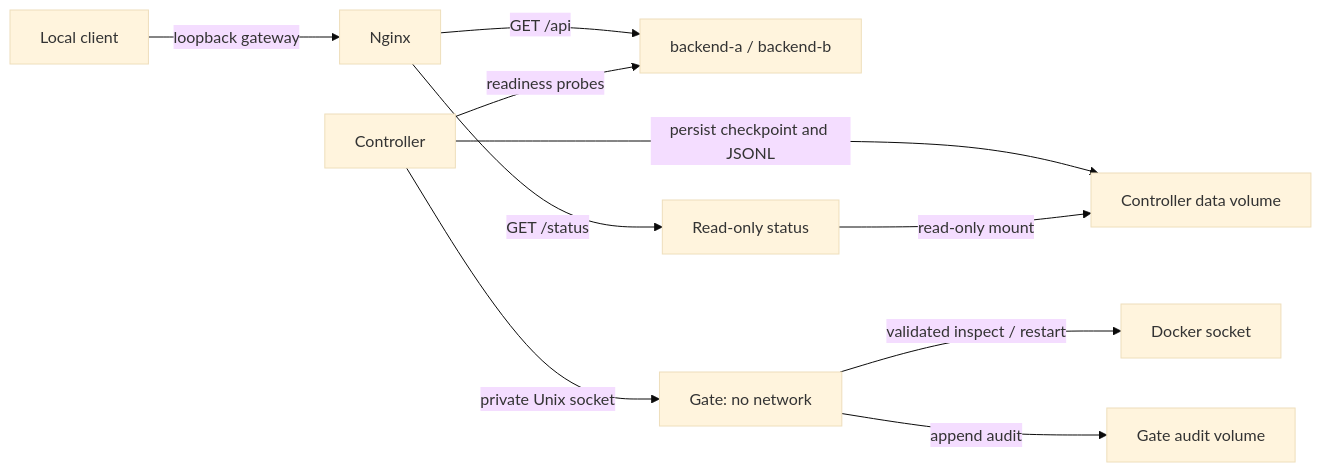
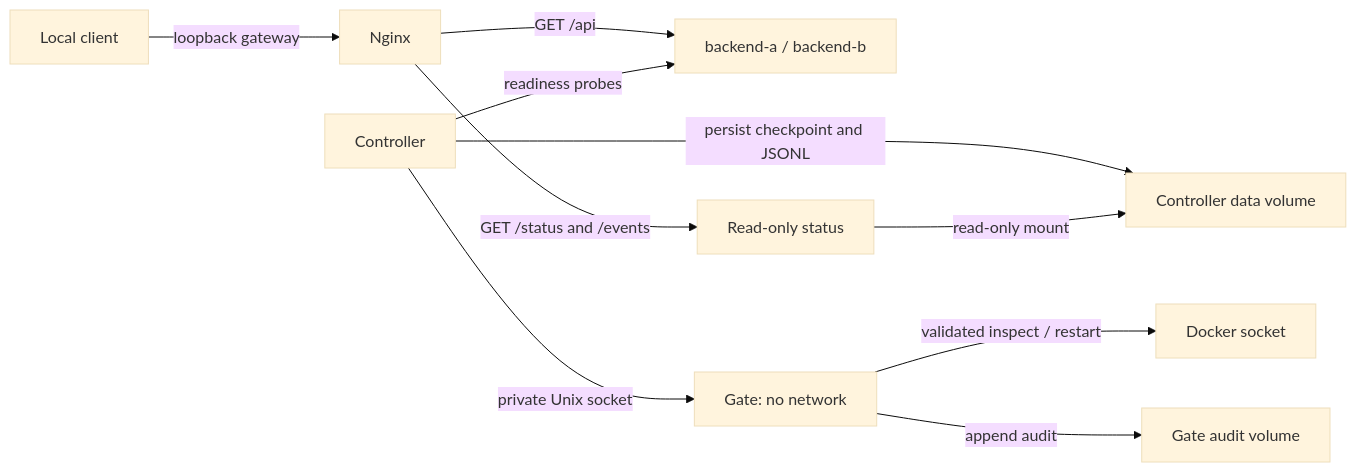
One commit to SajidSaleemKhattak/resilientcloud changed the diagram in docs/RECOVERY.md. Above: the diagram before and after it, drawn with Mermaid (base theme). The commit also changed other lines of this file and 473 other files, not shown here.

Commit message:
Complete milestone 3: read-only dashboard, repeated experiments, and CI

````diff
--- a/docs/RECOVERY.md
+++ b/docs/RECOVERY.md
@@ -5,12 +5,12 @@
 ```mermaid
 flowchart LR
     User[Local client] -->|loopback gateway| N[Nginx]
     N -->|GET /api| A[backend-a / backend-b]
-    N -->|GET /status| S[Read-only status]
+    N -->|GET /status and /events| S[Read-only status]
     C[Controller] -->|readiness probes| A
     C -->|private Unix socket| G[Gate: no network]
     G -->|validated inspect / restart| D[Docker socket]
     C -->|persist checkpoint and JSONL| V[Controller data volume]
     S -->|read-only mount| V
     G -->|append audit| E[Gate audit volume]
 ```
````
